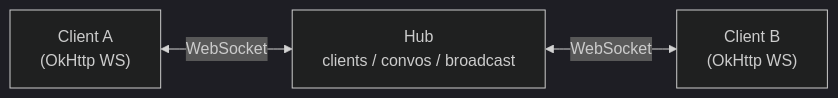
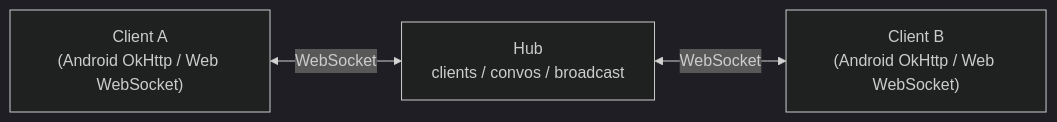
The ninth of 11 diagrams in docs/technical/SYSTEM_DESIGN.md (nhannht/viecz), drawn with Mermaid (dark theme) before and after one commit. The commit also changed other lines of this file and 8 other files, not shown here.

First line of the commit message:
docs: Update all technical docs to reflect Angular web client (KNS-79)

````diff
--- a/docs/technical/SYSTEM_DESIGN.md
+++ b/docs/technical/SYSTEM_DESIGN.md
@@ -433,5 +446,5 @@
 ```mermaid
 graph LR
-    A["Client A<br/>(OkHttp WS)"] <-->|WebSocket| Hub["Hub<br/>clients / convos / broadcast"]
-    Hub <-->|WebSocket| B["Client B<br/>(OkHttp WS)"]
+    A["Client A<br/>(Android OkHttp / Web WebSocket)"] <-->|WebSocket| Hub["Hub<br/>clients / convos / broadcast"]
+    Hub <-->|WebSocket| B["Client B<br/>(Android OkHttp / Web WebSocket)"]
 ```
````
